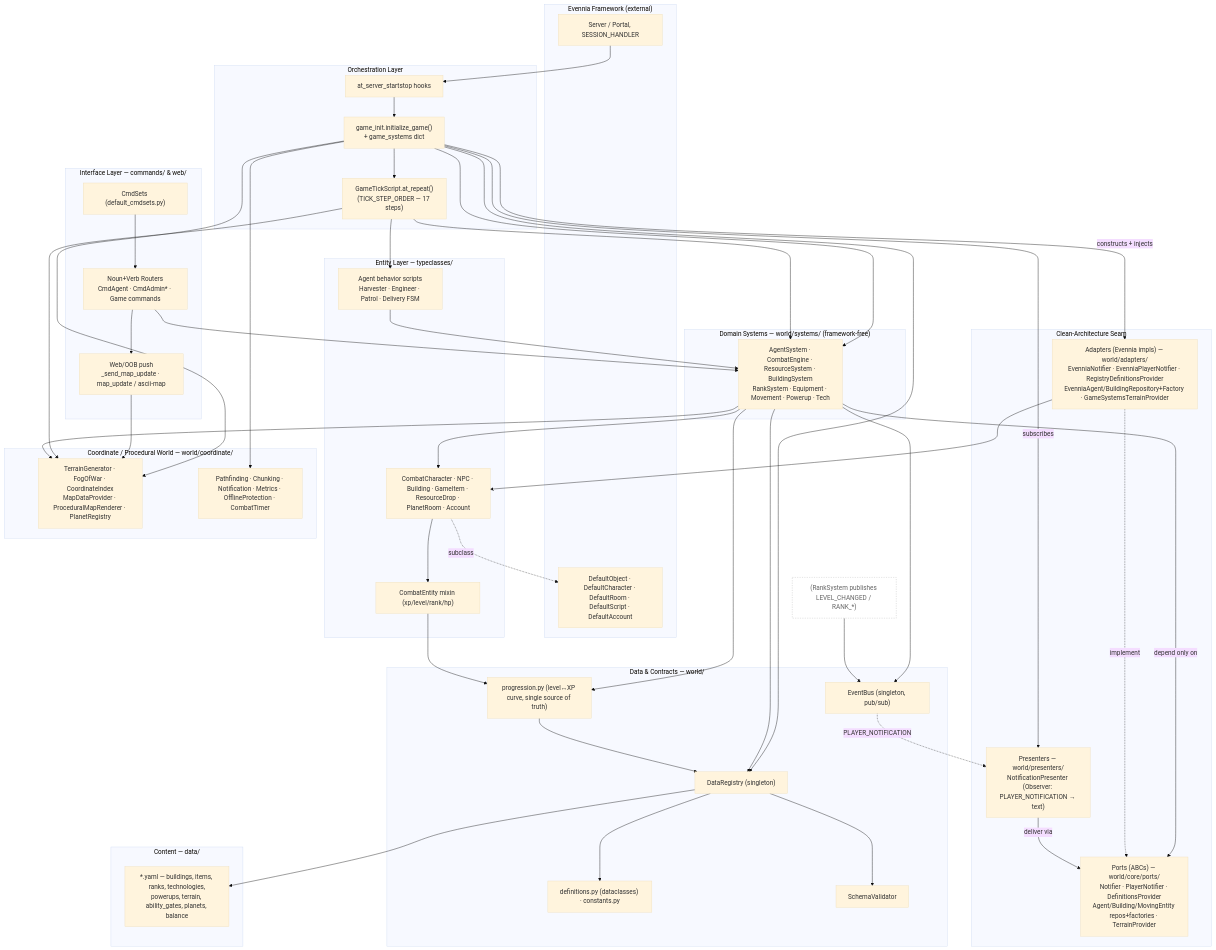
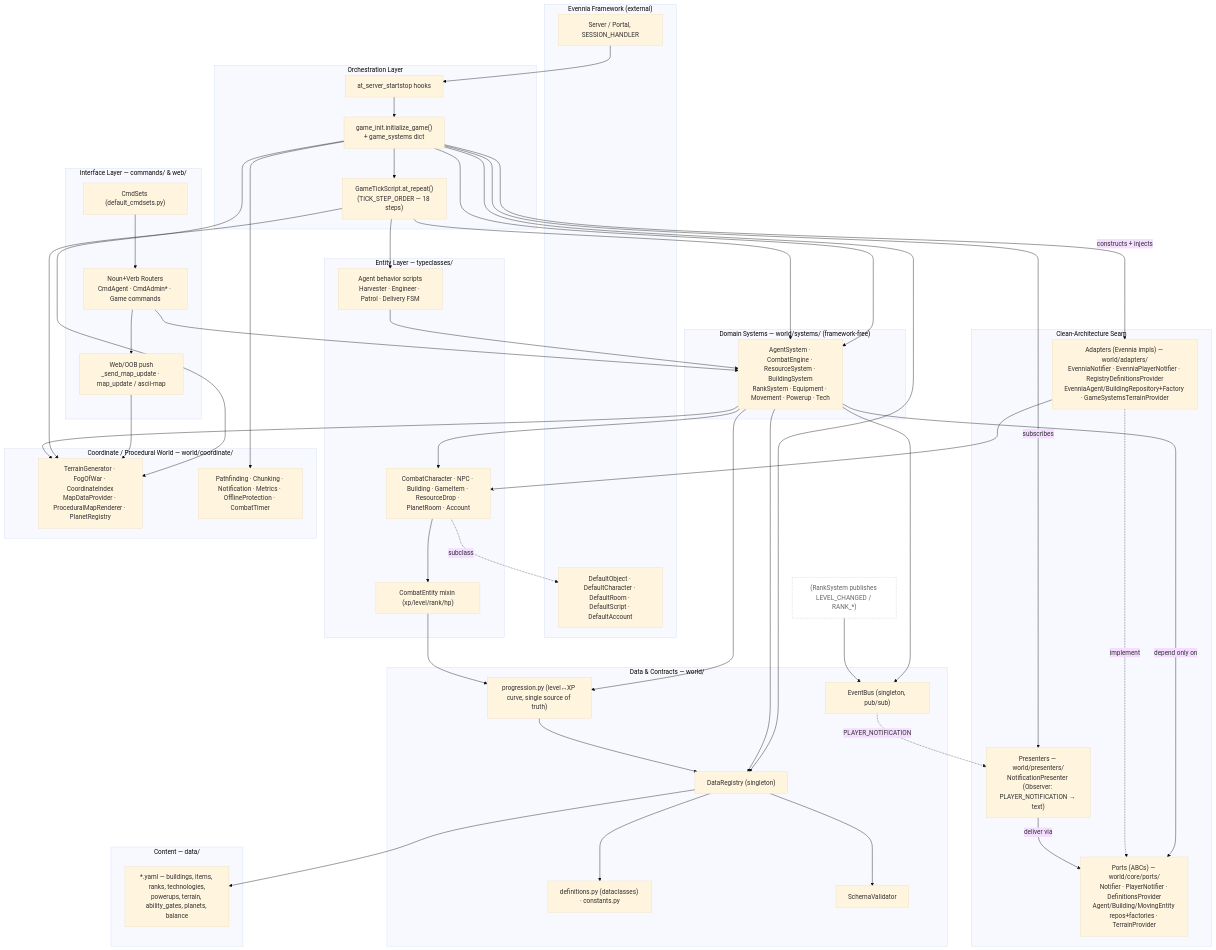
The first of 13 diagrams in mygame/ARCHITECTURE.md (victorkhou/ProjectV), drawn with Mermaid (base theme) before and after one commit. The commit also changed other lines of this file and 15 other files, not shown here.

```diff
--- a/mygame/ARCHITECTURE.md
+++ b/mygame/ARCHITECTURE.md
@@ -42,7 +42,7 @@
 
     subgraph L6["Orchestration Layer"]
         Boot["game_init.initialize_game()<br/>+ game_systems dict"]
-        Tick["GameTickScript.at_repeat()<br/>(TICK_STEP_ORDER — 17 steps)"]
+        Tick["GameTickScript.at_repeat()<br/>(TICK_STEP_ORDER — 18 steps)"]
         Hooks["at_server_startstop hooks"]
     end
 
```
